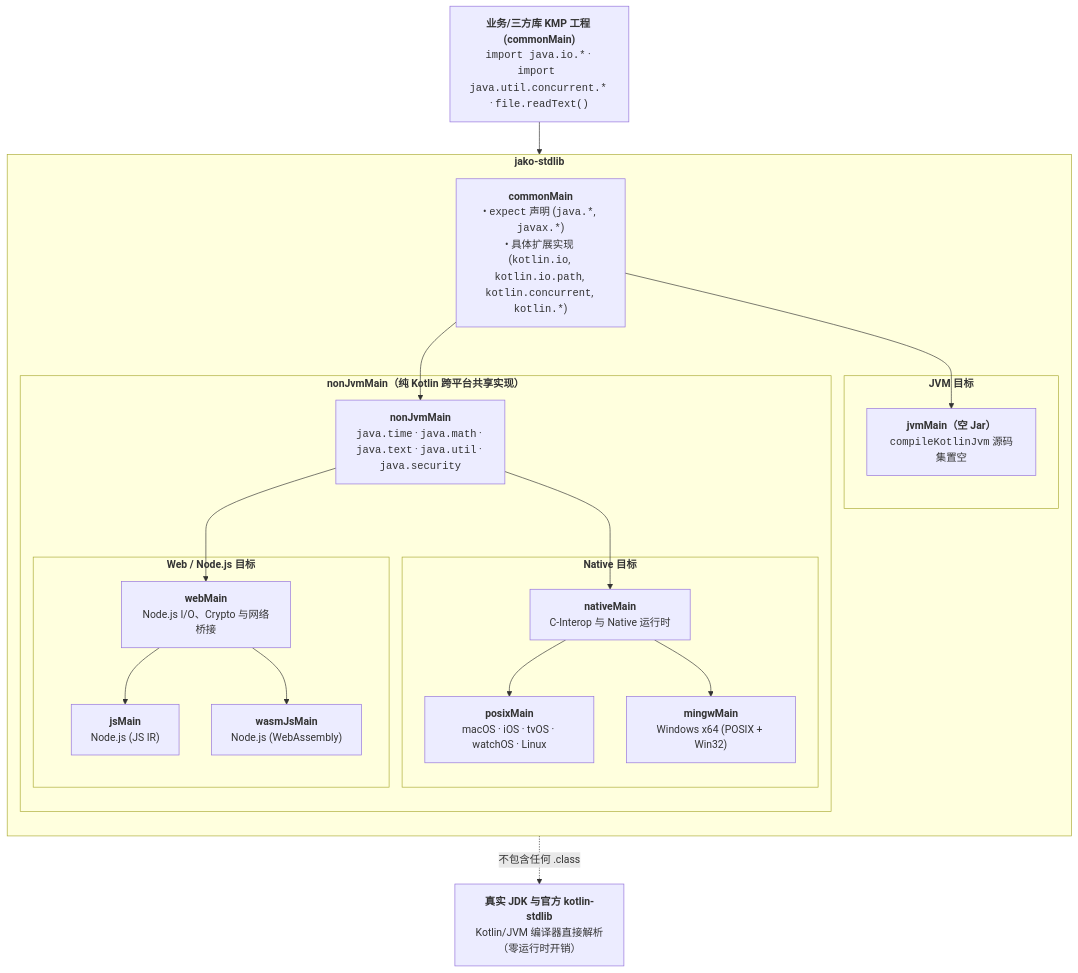
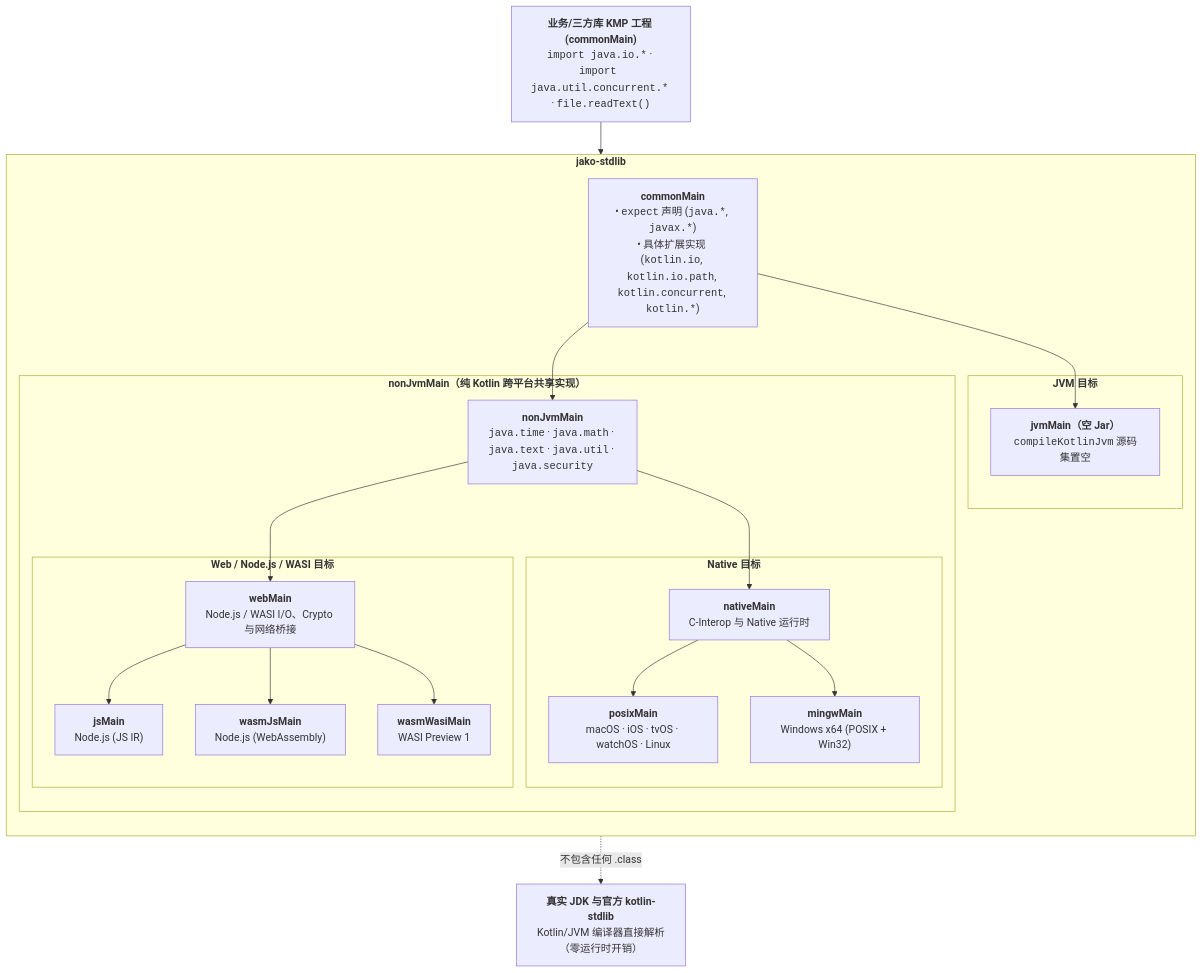
One commit to jako-projects/jako changed the diagram in README_zh.md. Above: the diagram before and after it, drawn with Mermaid. The commit also changed other lines of this file and 14 other files, not shown here.

````diff
--- a/README_zh.md
+++ b/README_zh.md
@@ -150,44 +169,46 @@
 ```mermaid
 flowchart TB
     Consumer["<b>业务/三方库 KMP 工程 (commonMain)</b><br/><code>import java.io.*</code> · <code>import java.util.concurrent.*</code> · <code>file.readText()</code>"]
 
     subgraph JakoStdlib["<b>jako-stdlib</b>"]
         direction TB
         Common["<b>commonMain</b><br/>• <code>expect</code> 声明 (<code>java.*</code>, <code>javax.*</code>)<br/>• 具体扩展实现 (<code>kotlin.io</code>, <code>kotlin.io.path</code>, <code>kotlin.concurrent</code>, <code>kotlin.*</code>)"]
 
         subgraph JvmSide["<b>JVM 目标</b>"]
             JvmMain["<b>jvmMain（空 Jar）</b><br/><code>compileKotlinJvm</code> 源码集置空"]
         end
 
         subgraph NonJvmSide["<b>nonJvmMain（纯 Kotlin 跨平台共享实现）</b>"]
             NonJvmMain["<b>nonJvmMain</b><br/><code>java.time</code> · <code>java.math</code> · <code>java.text</code> · <code>java.util</code> · <code>java.security</code>"]
 
             subgraph NativeSide["<b>Native 目标</b>"]
                 NativeMain["<b>nativeMain</b><br/>C-Interop 与 Native 运行时"]
                 PosixMain["<b>posixMain</b><br/>macOS · iOS · tvOS · watchOS · Linux"]
                 MingwMain["<b>mingwMain</b><br/>Windows x64 (POSIX + Win32)"]
                 NativeMain --> PosixMain
                 NativeMain --> MingwMain
             end
 
-            subgraph WebSide["<b>Web / Node.js 目标</b>"]
-                WebMain["<b>webMain</b><br/>Node.js I/O、Crypto 与网络桥接"]
+            subgraph WebSide["<b>Web / Node.js / WASI 目标</b>"]
+                WebMain["<b>webMain</b><br/>Node.js / WASI I/O、Crypto 与网络桥接"]
                 JsMain["<b>jsMain</b><br/>Node.js (JS IR)"]
                 WasmJsMain["<b>wasmJsMain</b><br/>Node.js (WebAssembly)"]
+                WasmWasiMain["<b>wasmWasiMain</b><br/>WASI Preview 1"]
                 WebMain --> JsMain
                 WebMain --> WasmJsMain
+                WebMain --> WasmWasiMain
             end
 
             NonJvmMain --> NativeMain
             NonJvmMain --> WebMain
         end
 
         Common --> JvmMain
         Common --> NonJvmMain
     end
 
     Jdk["<b>真实 JDK 与官方 kotlin-stdlib</b><br/>Kotlin/JVM 编译器直接解析（零运行时开销）"]
 
     Consumer --> Common
     JvmMain -. "不包含任何 .class" .-> Jdk
 ```
````
